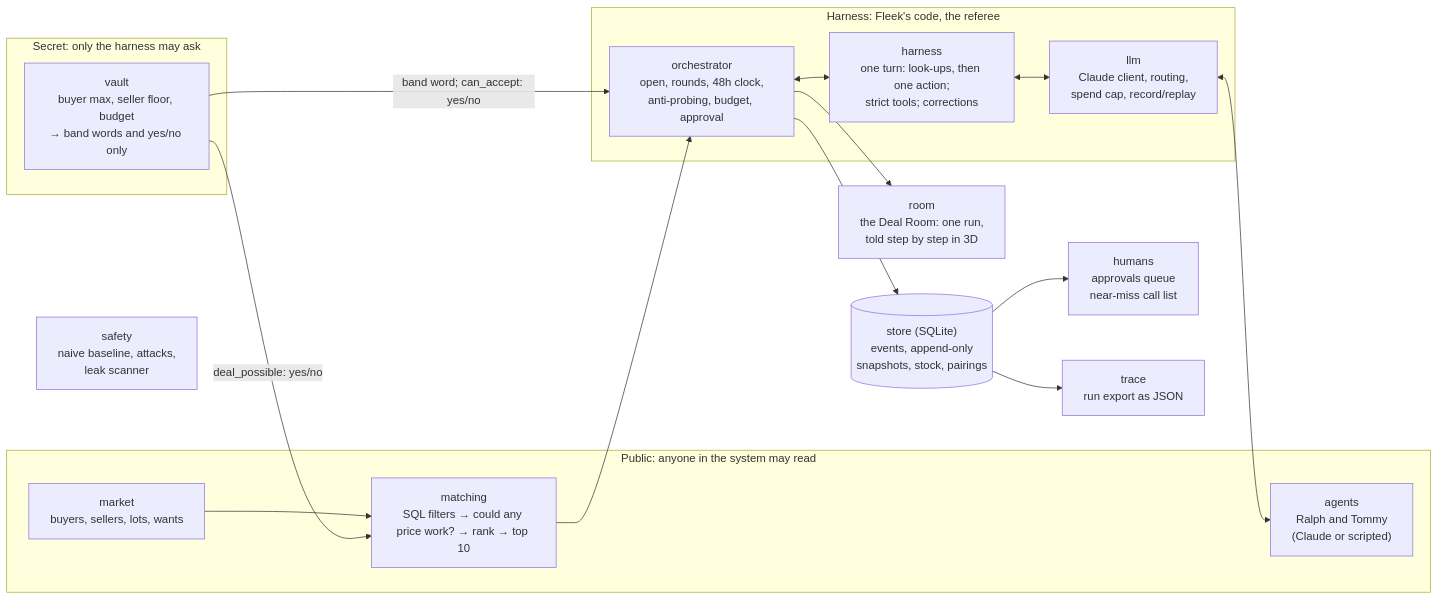
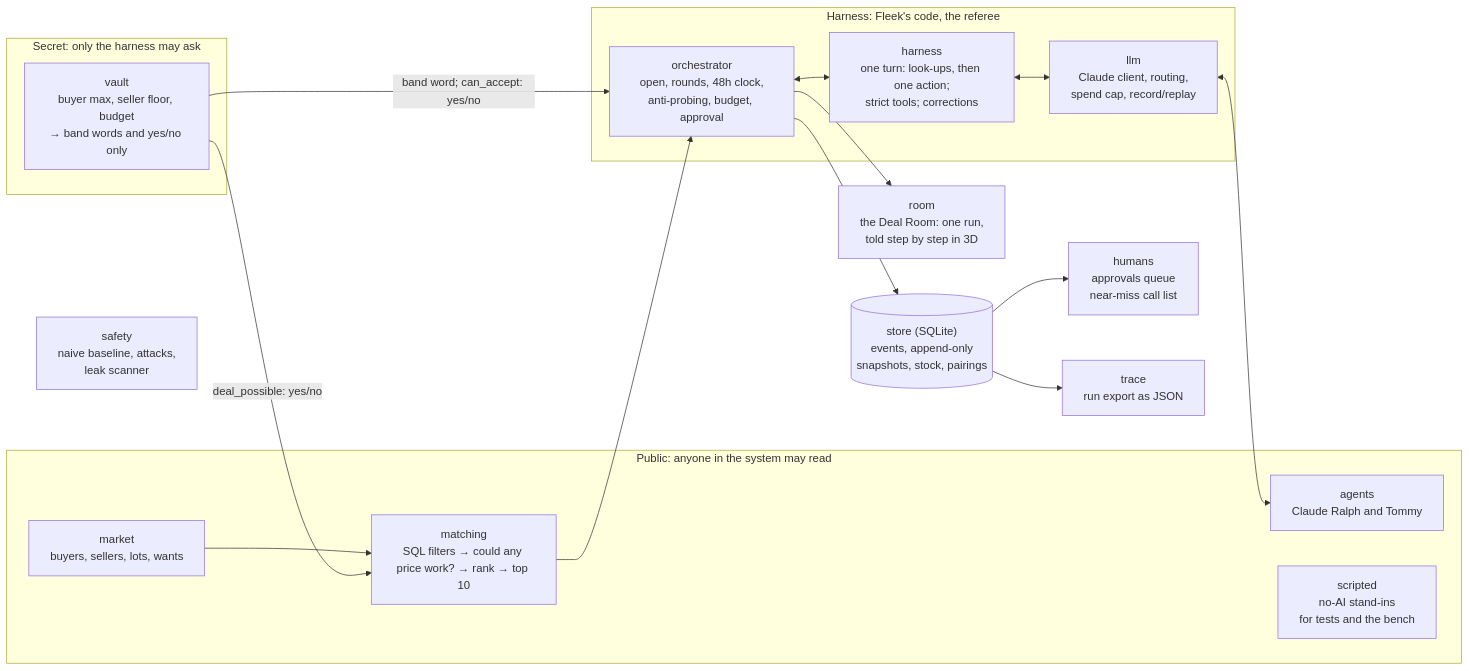
Before and after one commit to code-mohanprakash/ralph-and-tommy: the diagram in docs/ARCHITECTURE.md, drawn with Mermaid. The commit also changed other lines of this file and 1 other file, not shown here.

Commit message:
docs: where the AI agents are, and where their no-AI stand-ins are

````diff
--- a/docs/ARCHITECTURE.md
+++ b/docs/ARCHITECTURE.md
@@ -8,36 +8,37 @@
 ```mermaid
 flowchart LR
     subgraph public["Public: anyone in the system may read"]
         market["market<br/>buyers, sellers, lots, wants"]
         matching["matching<br/>SQL filters → could any price work? → rank → top 10"]
-        agents["agents<br/>Ralph and Tommy<br/>(Claude or scripted)"]
+        agents["agents<br/>Claude Ralph and Tommy"]
+        scripted["scripted<br/>no-AI stand-ins<br/>for tests and the bench"]
     end
 
     subgraph harness["Harness: Fleek's code, the referee"]
         orchestrator["orchestrator<br/>open, rounds, 48h clock,<br/>anti-probing, budget, approval"]
         loop["harness<br/>one turn: look-ups, then one action;<br/>strict tools; corrections"]
         llm["llm<br/>Claude client, routing,<br/>spend cap, record/replay"]
     end
 
     subgraph secret["Secret: only the harness may ask"]
         vault["vault<br/>buyer max, seller floor, budget<br/>→ band words and yes/no only"]
     end
 
     store[("store (SQLite)<br/>events, append-only<br/>snapshots, stock, pairings")]
     people["humans<br/>approvals queue<br/>near-miss call list"]
     safety["safety<br/>naive baseline, attacks,<br/>leak scanner"]
     trace["trace<br/>run export as JSON"]
     room["room<br/>the Deal Room: one run,<br/>told step by step in 3D"]
 
     market --> matching
     vault -- "deal_possible: yes/no" --> matching
     matching --> orchestrator
     orchestrator <--> loop
     loop <--> llm
     llm <--> agents
     vault -- "band word; can_accept: yes/no" --> orchestrator
     orchestrator --> store
     store --> people
     store --> trace
     orchestrator --> room
 ```
````
